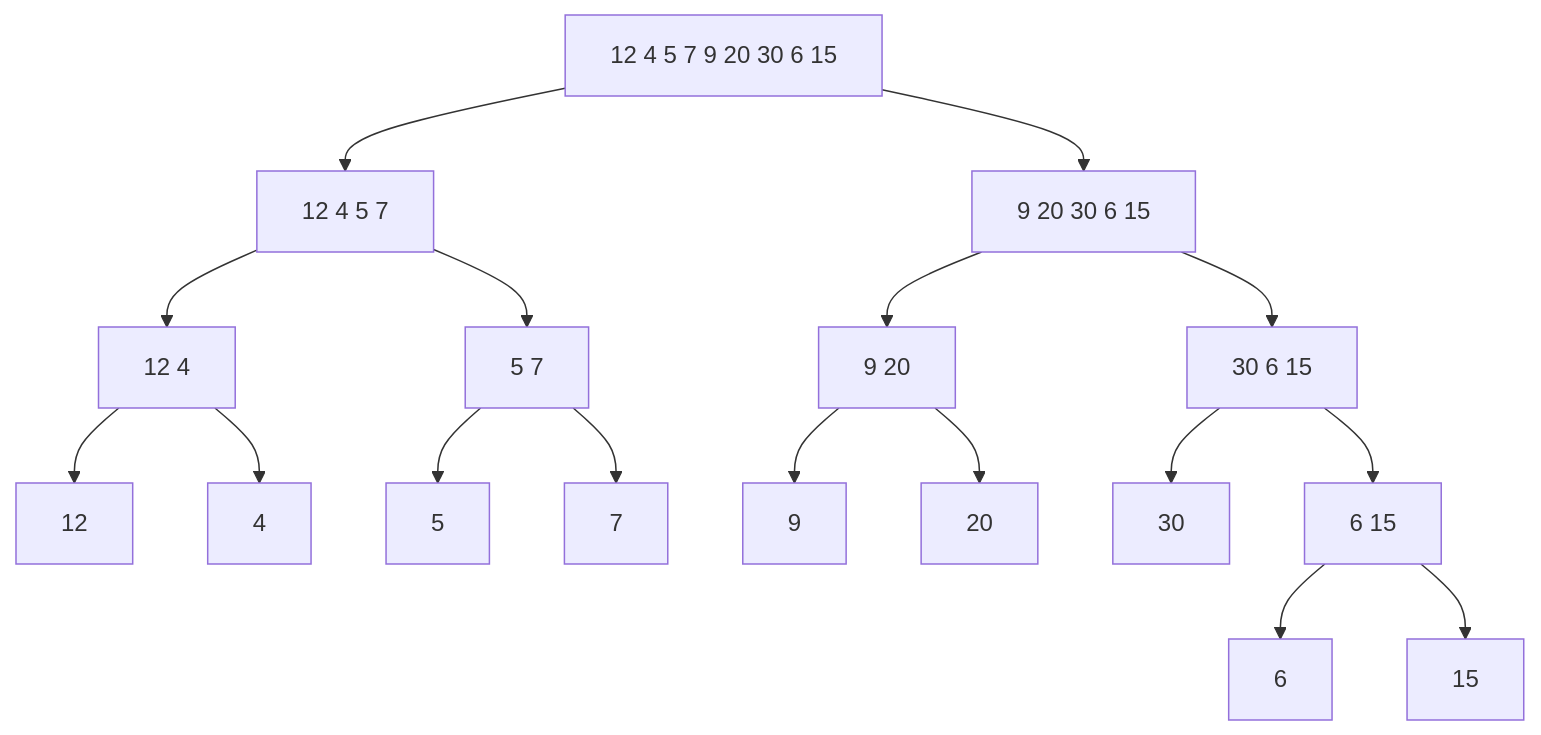
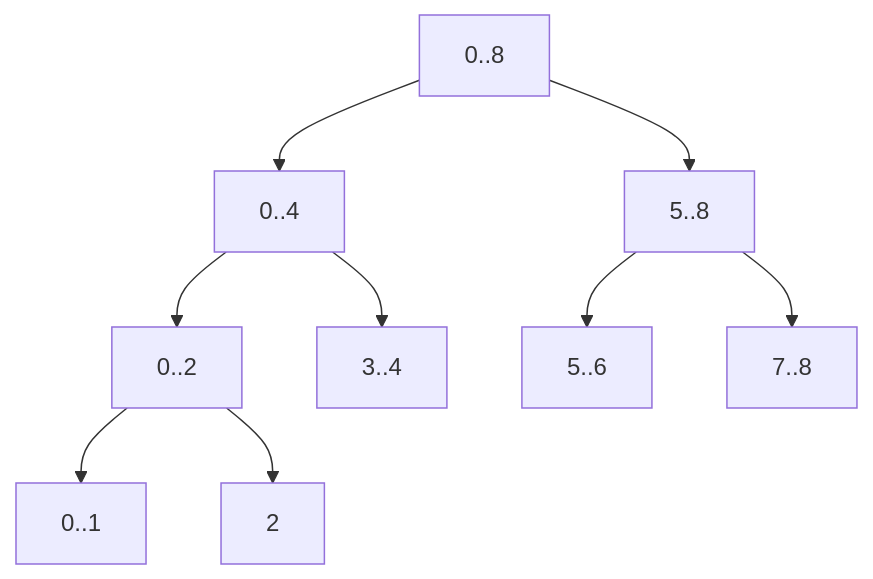
The diagram in md_files/sort/MergeSort.md (rangareddy/JavaInterviewPrograms), drawn with Mermaid before and after one commit. The commit also changed other lines of this file and 15 other files, not shown here.

````diff
--- a/md_files/sort/MergeSort.md
+++ b/md_files/sort/MergeSort.md
@@ -353,19 +379,11 @@
 ```mermaid
 flowchart TD
-    A["12 4 5 7 9 20 30 6 15"] --> B["12 4 5 7"]
-    A --> C["9 20 30 6 15"]
-    B --> D["12 4"]
-    B --> E["5 7"]
-    C --> F["9 20"]
-    C --> G["30 6 15"]
-    D --> D1["12"]
-    D --> D2["4"]
-    E --> E1["5"]
-    E --> E2["7"]
-    F --> F1["9"]
-    F --> F2["20"]
-    G --> G1["30"]
-    G --> G2["6 15"]
-    G2 --> H1["6"]
-    G2 --> H2["15"]
+    A["0..8"] --> B["0..4"]
+    A --> C["5..8"]
+    B --> D["0..2"]
+    B --> E["3..4"]
+    C --> F["5..6"]
+    C --> G["7..8"]
+    D --> D1["0..1"]
+    D --> D2["2"]
 ```
````
